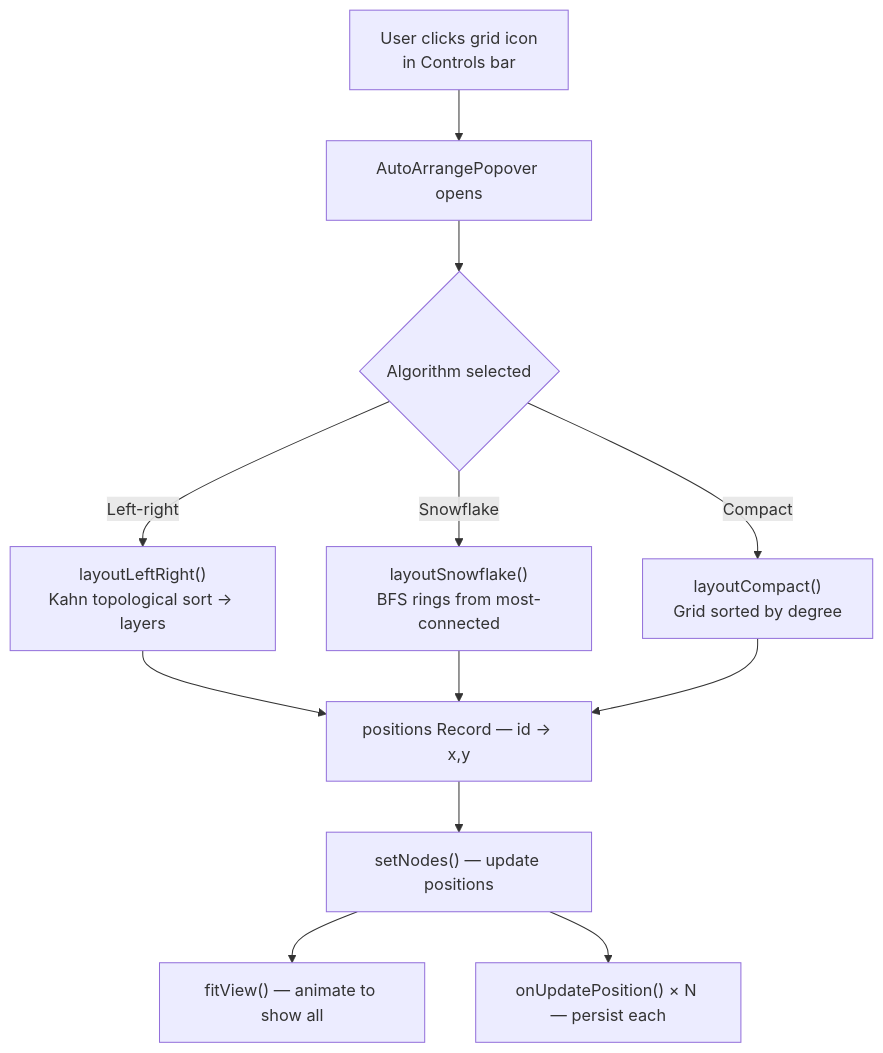
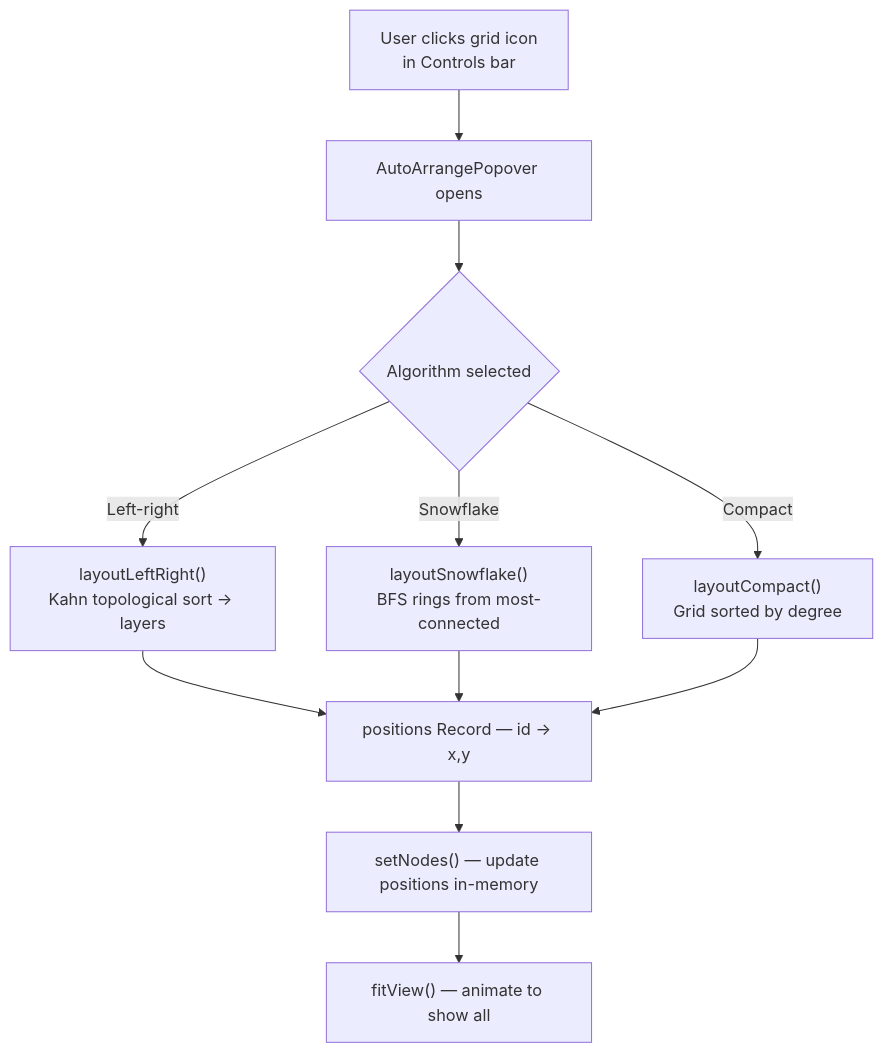
One commit to Carlosmps97/web-data-model-hub changed the seventh of 7 diagrams in doc/data-flow.md. Above: the diagram before and after it, drawn with Mermaid. The commit also changed other lines of this file and 32 other files, not shown here.

````diff
--- a/doc/data-flow.md
+++ b/doc/data-flow.md
@@ -150,14 +151,13 @@
 ```mermaid
 flowchart TD
     A["User clicks grid icon\nin Controls bar"] --> B["AutoArrangePopover opens"]
     B --> C{"Algorithm selected"}
     C -->|"Left-right"| LR["layoutLeftRight()\nKahn topological sort → layers"]
     C -->|"Snowflake"| SF["layoutSnowflake()\nBFS rings from most-connected"]
     C -->|"Compact"| CP["layoutCompact()\nGrid sorted by degree"]
     LR --> P["positions Record — id → x,y"]
     SF --> P
     CP --> P
-    P --> N["setNodes() — update positions"]
+    P --> N["setNodes() — update positions in-memory"]
     N --> F["fitView() — animate to show all"]
-    N --> PER["onUpdatePosition() × N — persist each"]
 ```
````
